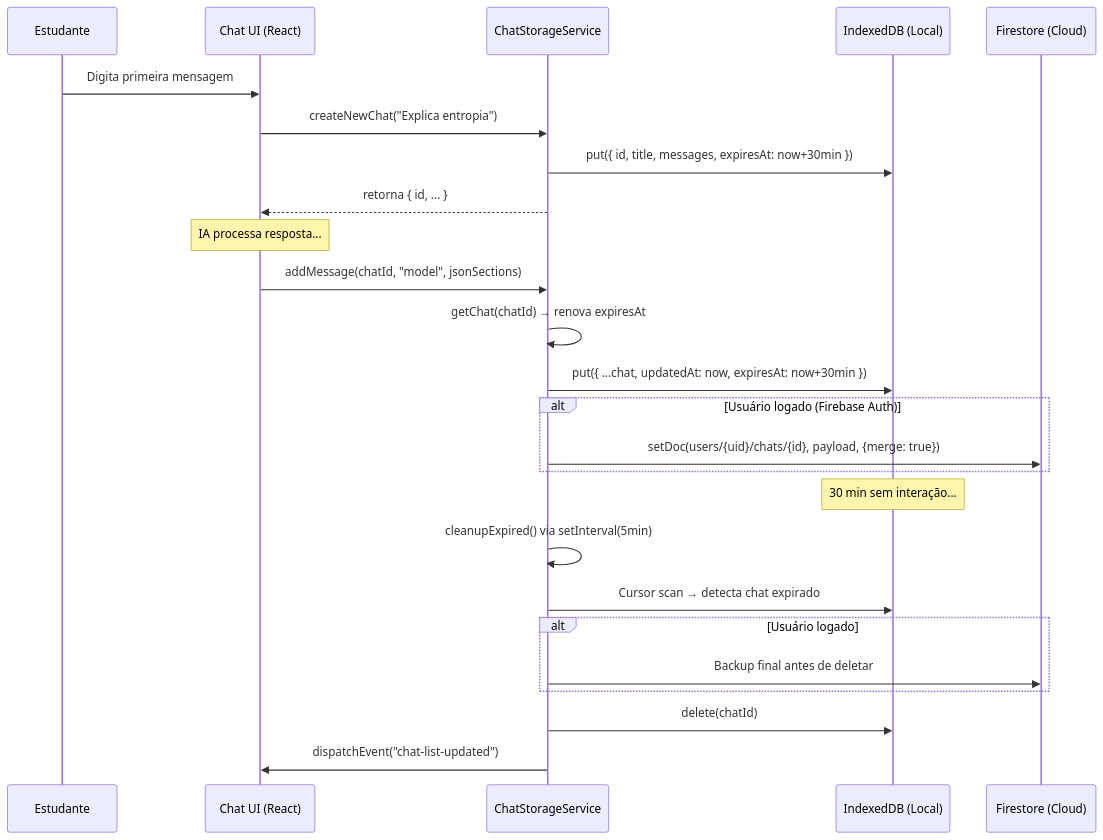
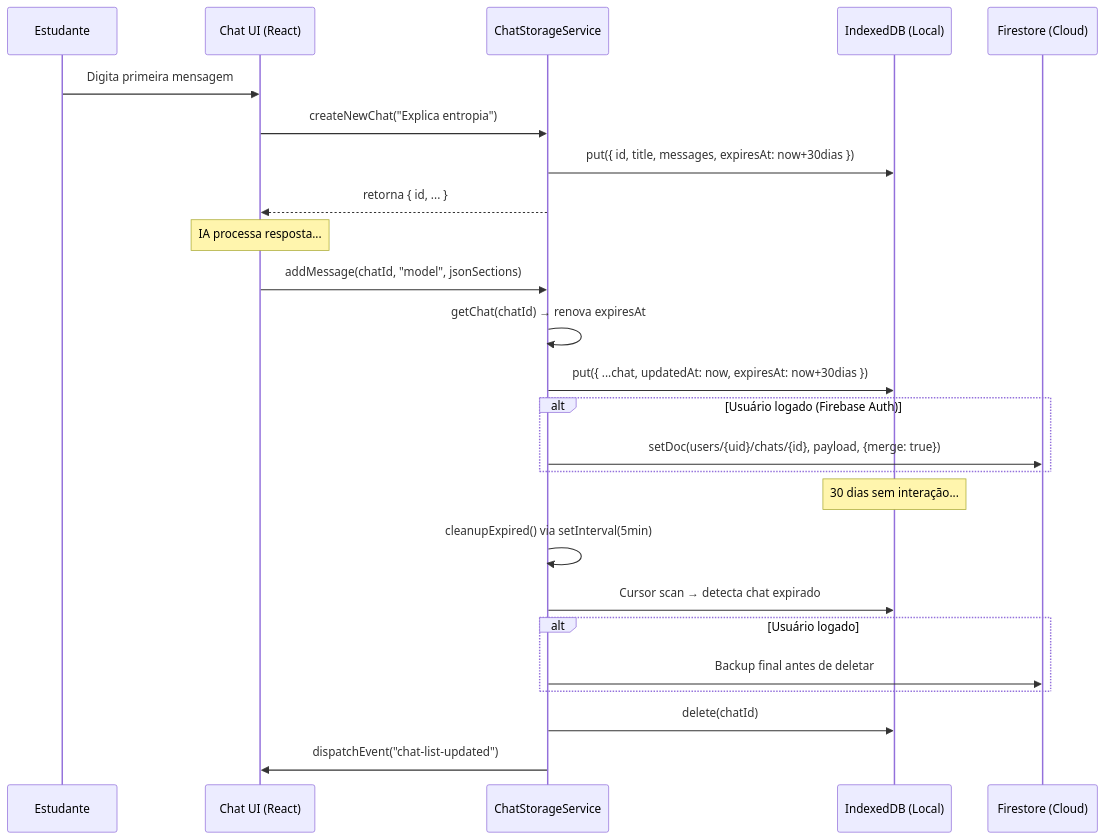
Before and after one commit to TouchRefletz/maia.edu: the diagram in docs/memoria/chat-storage.md, drawn with Mermaid. The commit also changed other lines of this file and 10 other files, not shown here.

````diff
--- a/docs/memoria/chat-storage.md
+++ b/docs/memoria/chat-storage.md
@@ -68,35 +68,35 @@
 ```mermaid
 sequenceDiagram
     participant U as Estudante
     participant UI as Chat UI (React)
     participant CS as ChatStorageService
     participant IDB as IndexedDB (Local)
     participant FS as Firestore (Cloud)
 
     U->>UI: Digita primeira mensagem
     UI->>CS: createNewChat("Explica entropia")
-    CS->>IDB: put({ id, title, messages, expiresAt: now+30min })
+    CS->>IDB: put({ id, title, messages, expiresAt: now+30dias })
     CS-->>UI: retorna { id, ... }
 
     Note over UI: IA processa resposta...
 
     UI->>CS: addMessage(chatId, "model", jsonSections)
     CS->>CS: getChat(chatId) → renova expiresAt
-    CS->>IDB: put({ ...chat, updatedAt: now, expiresAt: now+30min })
+    CS->>IDB: put({ ...chat, updatedAt: now, expiresAt: now+30dias })
 
     alt Usuário logado (Firebase Auth)
         CS->>FS: setDoc(users/{uid}/chats/{id}, payload, {merge: true})
     end
 
-    Note over IDB: 30 min sem interação...
+    Note over IDB: 30 dias sem interação...
 
     CS->>CS: cleanupExpired() via setInterval(5min)
     CS->>IDB: Cursor scan → detecta chat expirado
 
     alt Usuário logado
         CS->>FS: Backup final antes de deletar
     end
 
     CS->>IDB: delete(chatId)
     CS->>UI: dispatchEvent("chat-list-updated")
 ```
````
